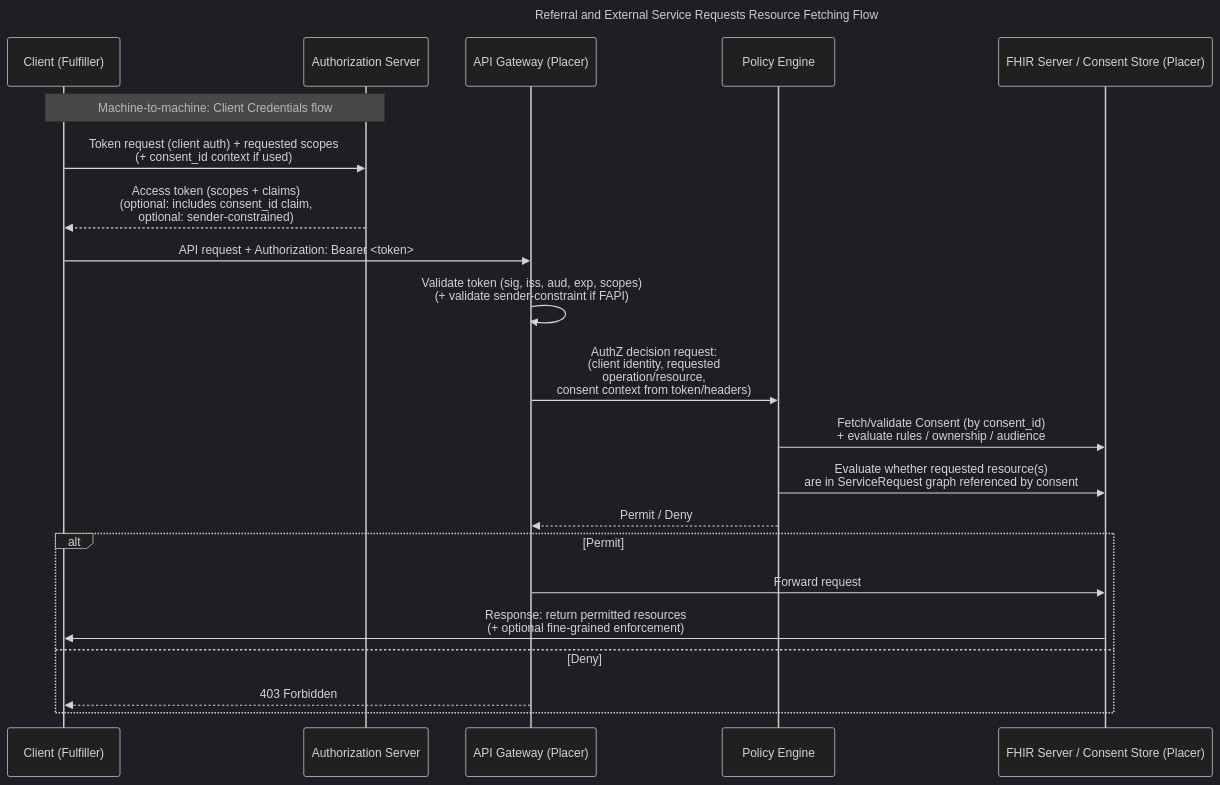
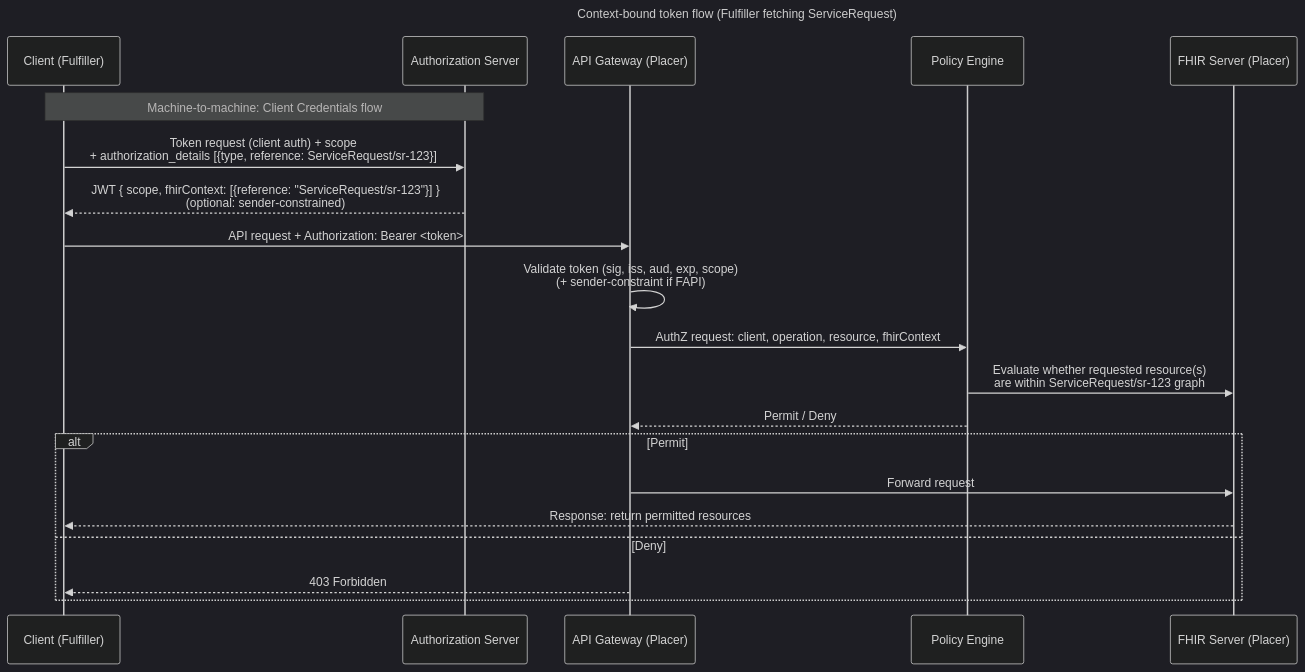
One commit to umzhconnect/umzhconnect-ig changed the second of 3 diagrams in input/pagecontent/security.md. Above: the diagram before and after it, drawn with Mermaid (dark theme). The commit also changed other lines of this file and 5 other files, not shown here.

First line of the commit message:
Use context-centric authorization

````diff
--- a/input/pagecontent/security.md
+++ b/input/pagecontent/security.md
@@ -90,27 +131,26 @@
 ```mermaid
 sequenceDiagram
-  title Referral and External Service Requests Resource Fetching Flow
+  title Context-bound token flow (Fulfiller fetching ServiceRequest)
 
   participant C as Client (Fulfiller)
   participant AS as Authorization Server
   participant AG as API Gateway (Placer)
   participant PE as Policy Engine
-  participant FHIR as FHIR Server / Consent Store (Placer)
+  participant FHIR as FHIR Server (Placer)
 
   Note over C,AS: Machine-to-machine: Client Credentials flow
-  C->>AS: Token request (client auth) + requested scopes<br/>(+ consent_id context if used)
-  AS-->>C: Access token (scopes + claims)<br/>(optional: includes consent_id claim, <br/>optional: sender-constrained)
+  C->>AS: Token request (client auth) + scope<br/>+ authorization_details [{type, reference: ServiceRequest/sr-123}]
+  AS-->>C: JWT { scope, fhirContext: [{reference: "ServiceRequest/sr-123"}] }<br/>(optional: sender-constrained)
 
   C->>AG: API request + Authorization: Bearer <token>
-  AG->>AG: Validate token (sig, iss, aud, exp, scopes)<br/>(+ validate sender-constraint if FAPI)
-  AG->>PE: AuthZ decision request:<br/>(client identity, requested <br/>operation/resource,<br/>consent context from token/headers)
-  PE->>FHIR: Fetch/validate Consent (by consent_id)<br/>+ evaluate rules / ownership / audience
-  PE->>FHIR: Evaluate whether requested resource(s)<br/>are in ServiceRequest graph referenced by consent
+  AG->>AG: Validate token (sig, iss, aud, exp, scope)<br/>(+ sender-constraint if FAPI)
+  AG->>PE: AuthZ request: client, operation, resource, fhirContext
+  PE->>FHIR: Evaluate whether requested resource(s)<br/>are within ServiceRequest/sr-123 graph
   PE-->>AG: Permit / Deny
   alt Permit
     AG->>FHIR: Forward request
-    FHIR->>C: Response: return permitted resources<br/>(+ optional fine-grained enforcement)
+    FHIR-->>C: Response: return permitted resources
   else Deny
     AG-->>C: 403 Forbidden
   end
 ```
````
